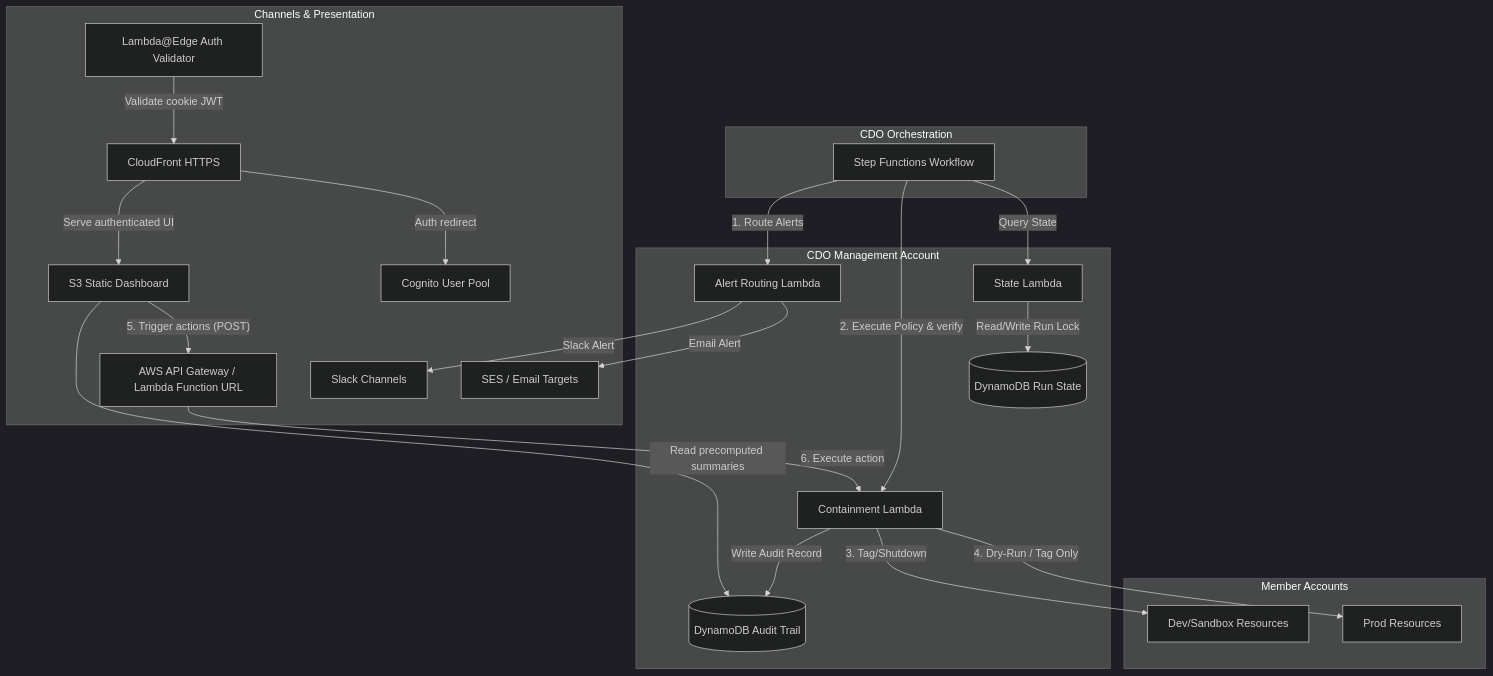
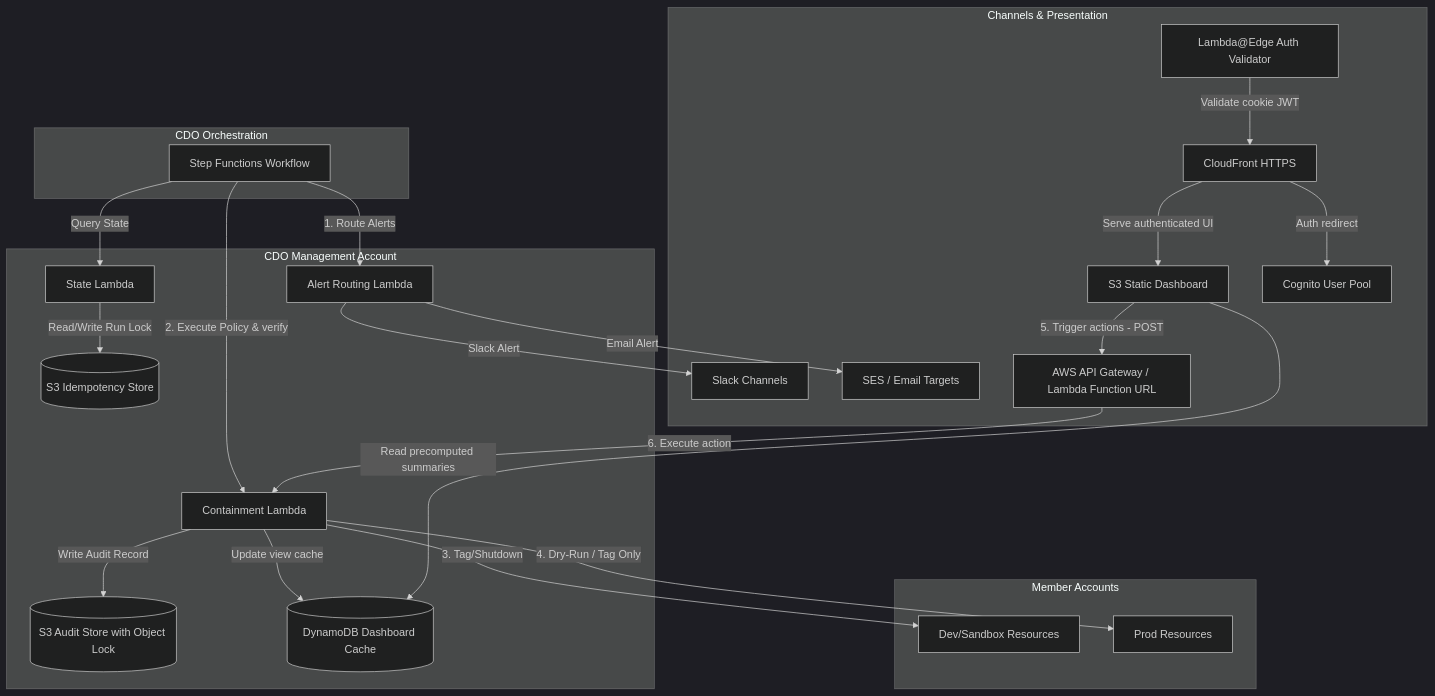
Before and after one commit to hungxqt/tf2-finops-docs: the fifth of 6 diagrams in docs/tf2-finops/02_infra_design.md, drawn with Mermaid (dark theme). The commit also changed other lines of this file and 21 other files, not shown here.

````diff
--- a/docs/tf2-finops/02_infra_design.md
+++ b/docs/tf2-finops/02_infra_design.md
@@ -240,34 +219,36 @@
 ```mermaid
 graph TB
     subgraph "CDO Orchestration"
         SF[Step Functions Workflow]
     end
 
     subgraph "Member Accounts"
         DevSand[Dev/Sandbox Resources]
         Prod[Prod Resources]
     end
 
     subgraph "CDO Management Account"
         SF -->|1. Route Alerts| AlertLambda[Alert Routing Lambda]
         SF -->|2. Execute Policy & verify| ContLambda[Containment Lambda]
         
-        StateLambda[State Lambda] -->|Read/Write Run Lock| StateDB[(DynamoDB Run State)]
+        StateLambda[State Lambda] -->|Read/Write Run Lock| StateDB[(S3 Idempotency Store)]
         SF -->|Query State| StateLambda
         
-        ContLambda -->|Write Audit Record| AuditDB[(DynamoDB Audit Trail)]
+        ContLambda -->|Write Audit Record| S3Audit[(S3 Audit Store with Object Lock)]
         ContLambda -->|3. Tag/Shutdown| DevSand
         ContLambda -->|4. Dry-Run / Tag Only| Prod
+        
+        ContLambda -->|Update view cache| CacheDB[(DynamoDB Dashboard Cache)]
     end
 
     subgraph "Channels & Presentation"
         AlertLambda -->|Slack Alert| Slack[Slack Channels]
         AlertLambda -->|Email Alert| SES[SES / Email Targets]
         CloudFront[CloudFront HTTPS] -->|Serve authenticated UI| S3Dashboard2[S3 Static Dashboard]
-        S3Dashboard2 -->|Read precomputed summaries| AuditDB
-        S3Dashboard2 -->|"5. Trigger actions (POST)"| APIGateway[AWS API Gateway / Lambda Function URL]
+        S3Dashboard2 -->|Read precomputed summaries| CacheDB
+        S3Dashboard2 -->|5. Trigger actions - POST| APIGateway[AWS API Gateway / Lambda Function URL]
         APIGateway -->|6. Execute action| ContLambda
         CloudFront -->|Auth redirect| Cognito[Cognito User Pool]
         LambdaEdge["Lambda@Edge Auth Validator"] -->|Validate cookie JWT| CloudFront
     end
 ```
````
